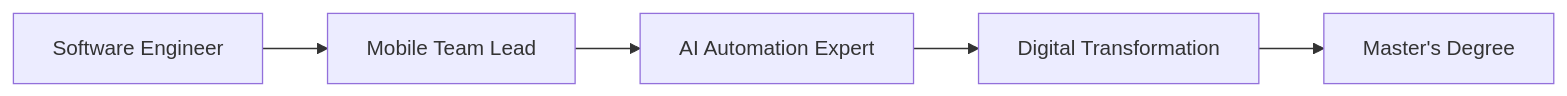
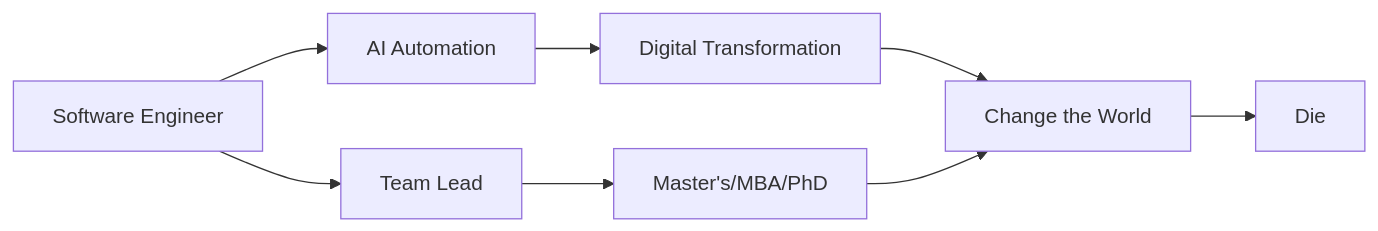
Before and after one commit to ThucTrieu/ThucTrieu: the diagram in README.md, drawn with Mermaid.

Commit message:
Refactor career progression diagram in README.md for clarity and accuracy

````diff
--- a/README.md
+++ b/README.md
@@ -62,7 +62,10 @@
 ```mermaid
 graph LR
-    A[Software Engineer] --> B[Mobile Team Lead]
-    B --> C[AI Automation Expert]
+    A[Software Engineer] --> B[Team Lead]
+    A --> C[AI Automation]
     C --> D[Digital Transformation]
-    D --> E[Master's Degree]
+    B --> E[Master's/MBA/PhD]
+    D --> F[Change the World]
+    E --> F
+    F --> G[Die]
 ```
````
